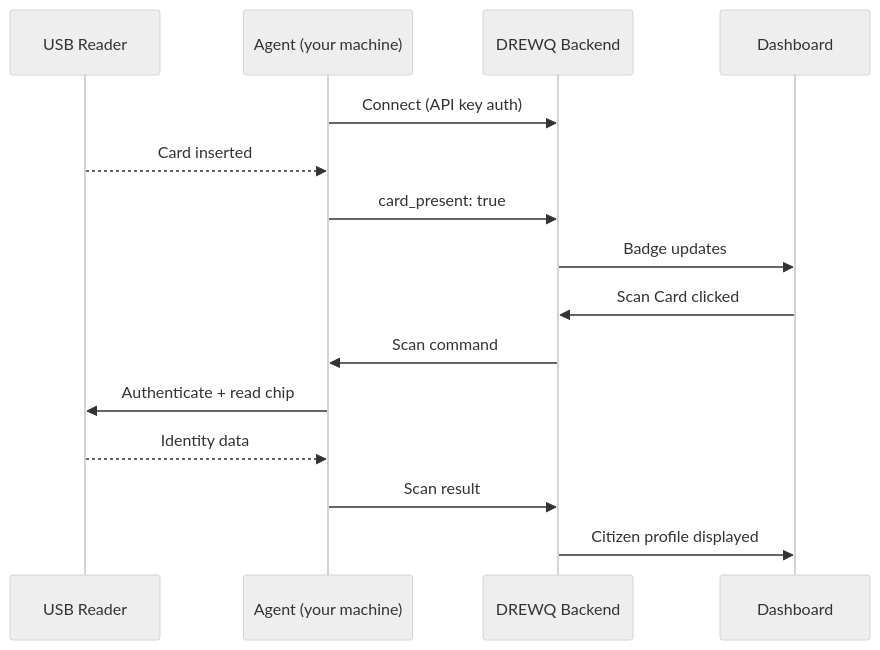
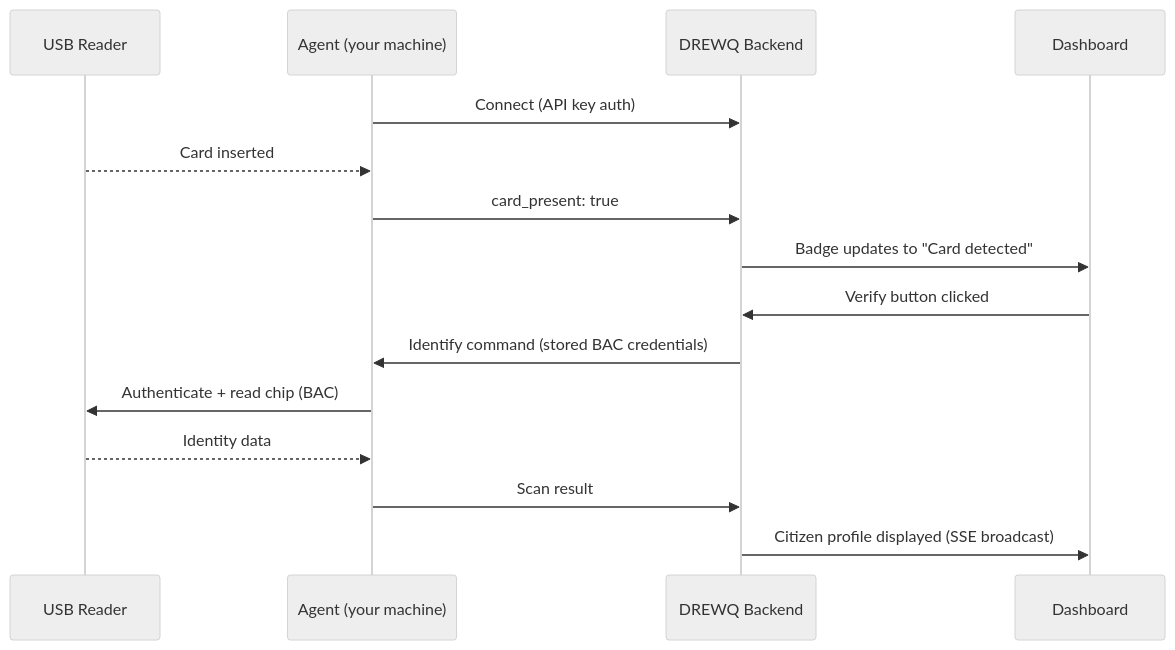
The diagram in README.md (andrewakuaku/drewq-agent), drawn with Mermaid (neutral theme) before and after one commit. The commit also changed other lines of this file, not shown here.

````diff
--- a/README.md
+++ b/README.md
@@ -11,20 +11,20 @@
 ```mermaid
 sequenceDiagram
     participant R as USB Reader
     participant A as Agent (your machine)
     participant B as DREWQ Backend
     participant D as Dashboard
 
     A->>B: Connect (API key auth)
 
     R-->>A: Card inserted
     A->>B: card_present: true
-    B->>D: Badge updates
+    B->>D: Badge updates to "Card detected"
 
-    D->>B: Scan Card clicked
-    B->>A: Scan command
-    A->>R: Authenticate + read chip
+    D->>B: Verify button clicked
+    B->>A: Identify command (stored BAC credentials)
+    A->>R: Authenticate + read chip (BAC)
     R-->>A: Identity data
     A->>B: Scan result
-    B->>D: Citizen profile displayed
+    B->>D: Citizen profile displayed (SSE broadcast)
 ```
````
